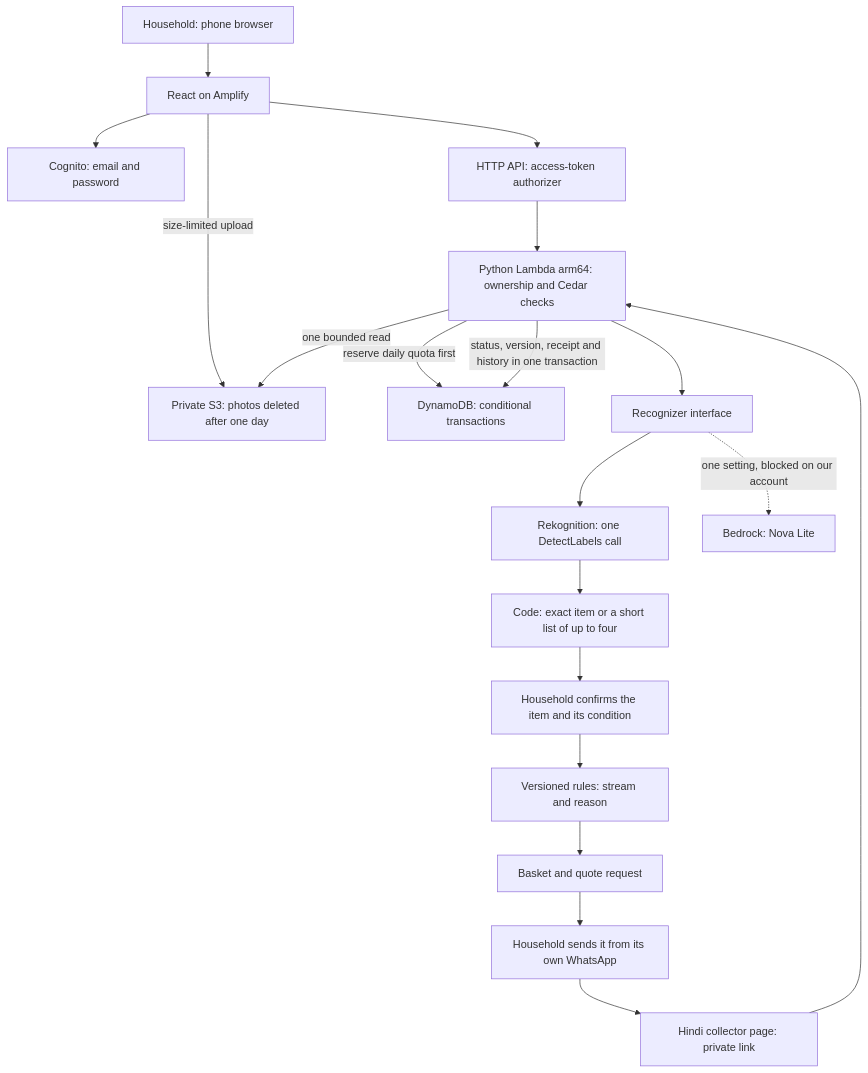
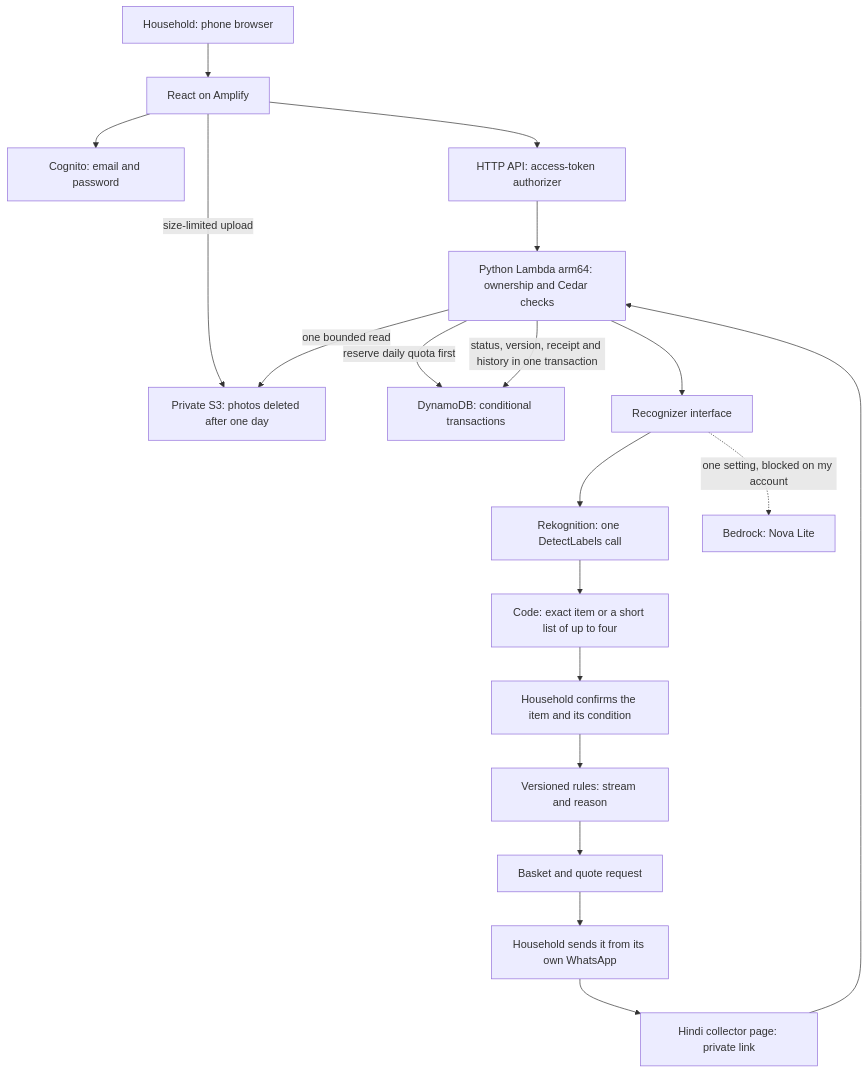
Before and after one commit to Anish033-coder/kabadi-setu: the diagram in README.md, drawn with Mermaid. The commit also changed other lines of this file, not shown here.

````diff
--- a/README.md
+++ b/README.md
@@ -55,21 +55,21 @@
 ```mermaid
 flowchart TD
     H[Household: phone browser] --> F[React on Amplify]
     F --> C[Cognito: email and password]
     F --> A[HTTP API: access-token authorizer]
     A --> L[Python Lambda arm64: ownership and Cedar checks]
     F -->|size-limited upload| S[Private S3: photos deleted after one day]
     L -->|one bounded read| S
     L -->|reserve daily quota first| D[DynamoDB: conditional transactions]
     L --> R[Recognizer interface]
     R --> K[Rekognition: one DetectLabels call]
-    R -. one setting, blocked on our account .-> B[Bedrock: Nova Lite]
+    R -. one setting, blocked on my account .-> B[Bedrock: Nova Lite]
     K --> M[Code: exact item or a short list of up to four]
     M --> U[Household confirms the item and its condition]
     U --> Q[Versioned rules: stream and reason]
     Q --> T[Basket and quote request]
     T --> W[Household sends it from its own WhatsApp]
     W --> P[Hindi collector page: private link]
     P --> L
     L -->|status, version, receipt and history in one transaction| D
 ```
````
